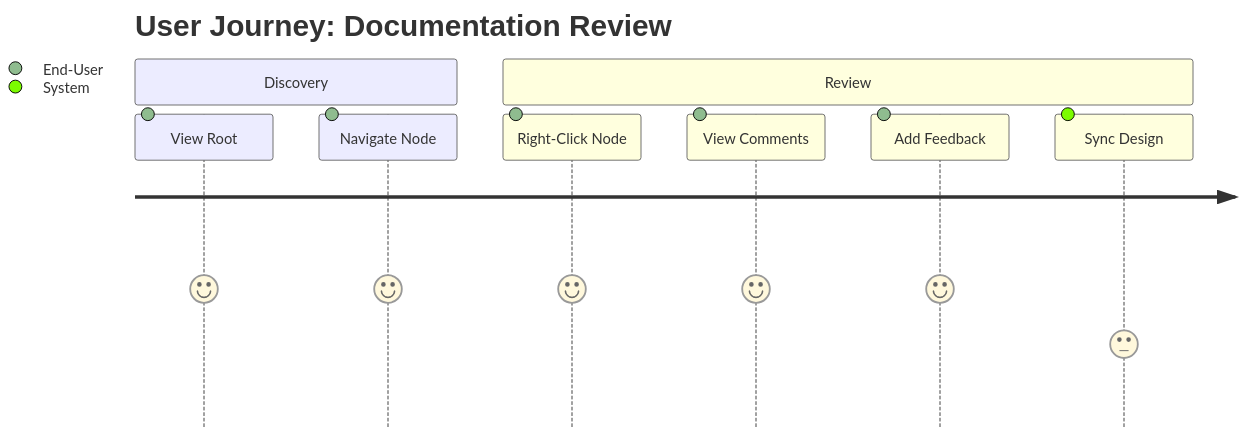
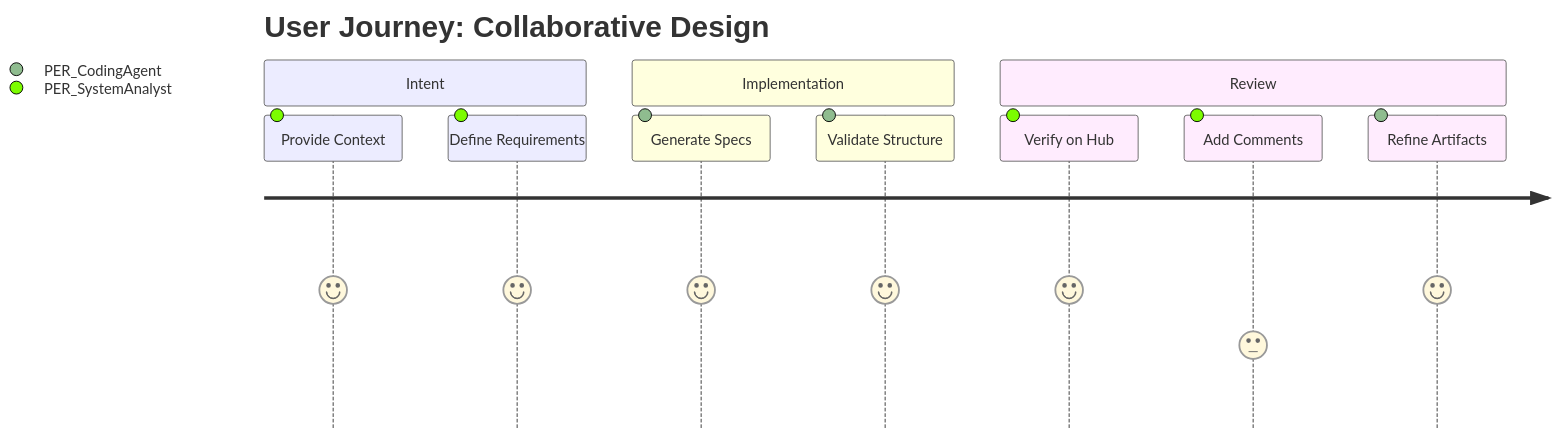
One commit to futurefoundai/foundryspec changed the diagram in docs/discovery/journeys.mermaid. Above: the diagram before and after it, drawn with Mermaid. The commit also changed 10 other files, not shown here.

Commit message:
docs: realign personas to AI-First workflow and update system documentation

```diff
--- a/docs/discovery/journeys.mermaid
+++ b/docs/discovery/journeys.mermaid
@@ -1,17 +1,18 @@
 ---
-id: "JOUR_Flow"
 title: User Journey
 description: High-level workflow visualization.
-uplink: "ROOT"
+id: "GRP_Journeys"
+uplink: "PER_SystemAnalyst"
 ---
-
 journey
-    title User Journey: Documentation Review
-    section Discovery
-      View Root: 5: End-User
-      Navigate Node: 5: End-User
+    title User Journey: Collaborative Design
+    section Intent
+      Provide Context: 5: PER_SystemAnalyst
+      Define Requirements: 5: PER_SystemAnalyst
+    section Implementation
+      Generate Specs: 5: PER_CodingAgent
+      Validate Structure: 5: PER_CodingAgent
     section Review
-      Right-Click Node: 5: End-User
-      View Comments: 5: End-User
-      Add Feedback: 5: End-User
-      Sync Design: 3: System
+      Verify on Hub: 5: PER_SystemAnalyst
+      Add Comments: 3: PER_SystemAnalyst
+      Refine Artifacts: 5: PER_CodingAgent
```
